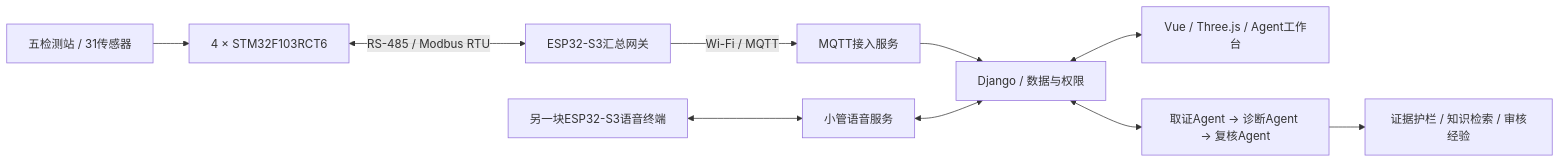
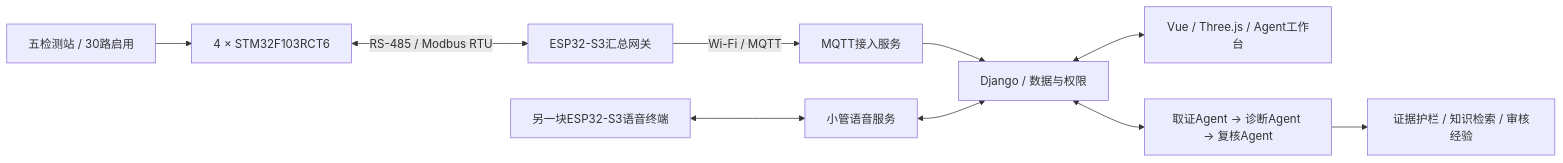
Before and after one commit to x1ng-chen/utility-tunnel-digital-twin: the diagram in README.md, drawn with Mermaid. The commit also changed other lines of this file and 21 other files, not shown here.

````diff
--- a/README.md
+++ b/README.md
@@ -29,12 +29,12 @@
 ```mermaid
 flowchart LR
-  S[五检测站 / 31传感器] --> C[4 × STM32F103RCT6]
+  S[五检测站 / 30路启用] --> C[4 × STM32F103RCT6]
   C <-->|RS-485 / Modbus RTU| G[ESP32-S3汇总网关]
   G -->|Wi-Fi / MQTT| M[MQTT接入服务]
   M --> D[Django / 数据与权限]
   D <--> W[Vue / Three.js / Agent工作台]
   D <--> A[取证Agent → 诊断Agent → 复核Agent]
   A --> E[证据护栏 / 知识检索 / 审核经验]
   V[另一块ESP32-S3语音终端] <--> VS[小管语音服务]
   VS <--> D
 ```
````
